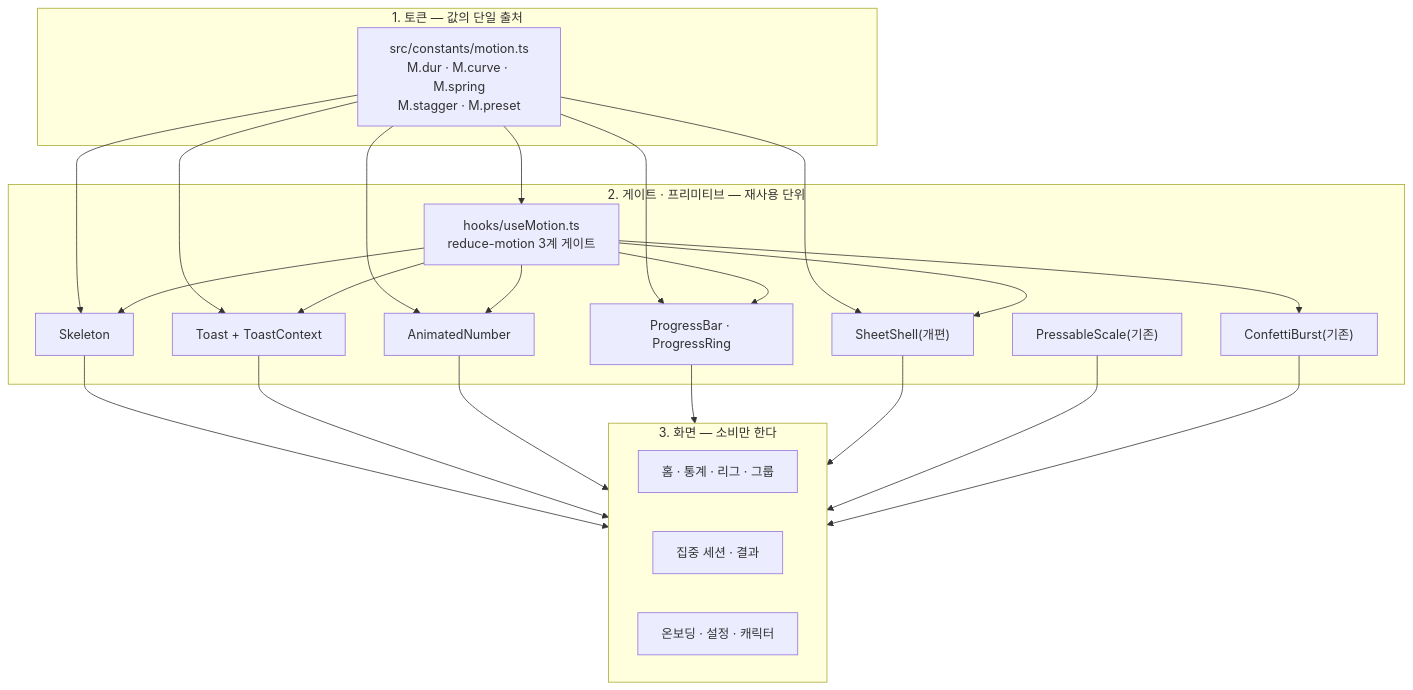
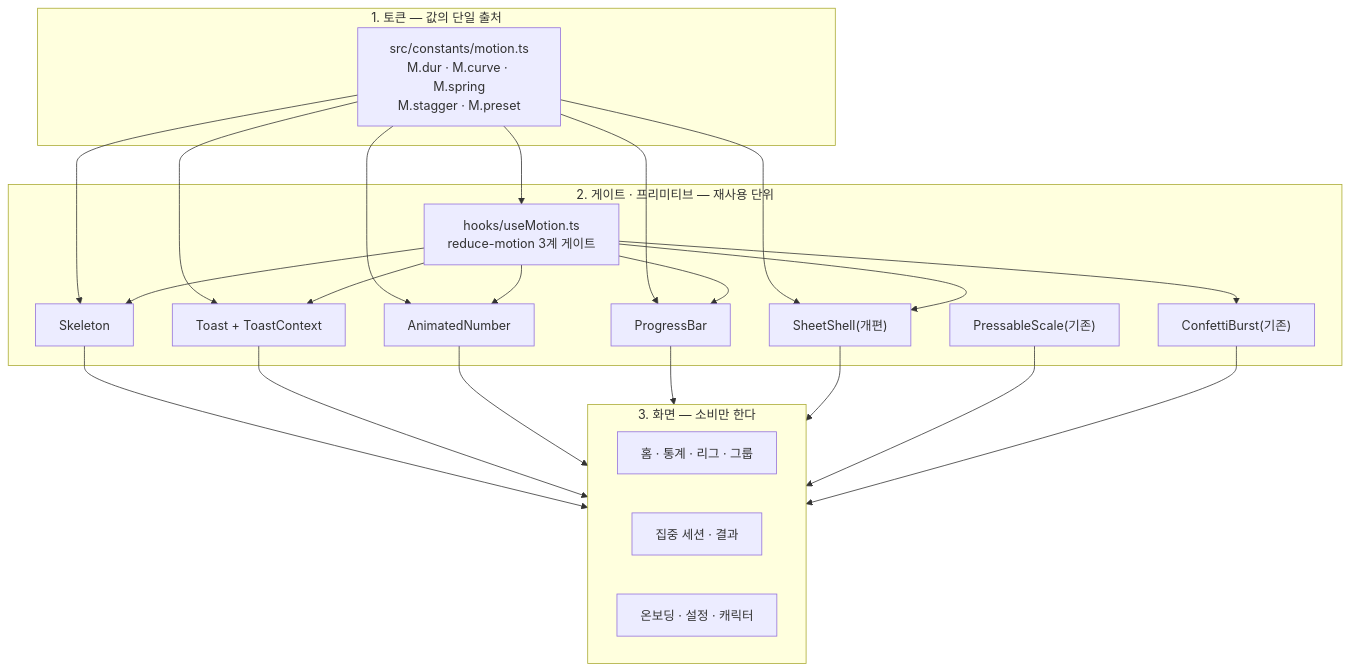
One commit to OneOrThree/phone changed the first of 4 diagrams in docs/prd/motion/high-level-design.md. Above: the diagram before and after it, drawn with Mermaid. The commit also changed 8 other files, not shown here.

````diff
--- a/docs/prd/motion/high-level-design.md
+++ b/docs/prd/motion/high-level-design.md
@@ -10,25 +10,25 @@
 ```mermaid
 flowchart TB
     subgraph L1["1. 토큰 — 값의 단일 출처"]
         T1["src/constants/motion.ts<br/>M.dur · M.curve · M.spring<br/>M.stagger · M.preset"]
     end
     subgraph L2["2. 게이트 · 프리미티브 — 재사용 단위"]
         G1["hooks/useMotion.ts<br/>reduce-motion 3계 게이트"]
         P1["Skeleton"]
         P2["Toast + ToastContext"]
         P3["AnimatedNumber"]
-        P4["ProgressBar · ProgressRing"]
+        P4["ProgressBar"]
         P5["SheetShell(개편)"]
         P6["PressableScale(기존)"]
         P7["ConfettiBurst(기존)"]
     end
     subgraph L3["3. 화면 — 소비만 한다"]
         S1["홈 · 통계 · 리그 · 그룹"]
         S2["집중 세션 · 결과"]
         S3["온보딩 · 설정 · 캐릭터"]
     end
     T1 --> G1
     T1 --> P1 & P2 & P3 & P4 & P5
     G1 --> P1 & P2 & P3 & P4 & P5 & P7
     P1 & P2 & P3 & P4 & P5 & P6 & P7 --> L3
 ```
````
